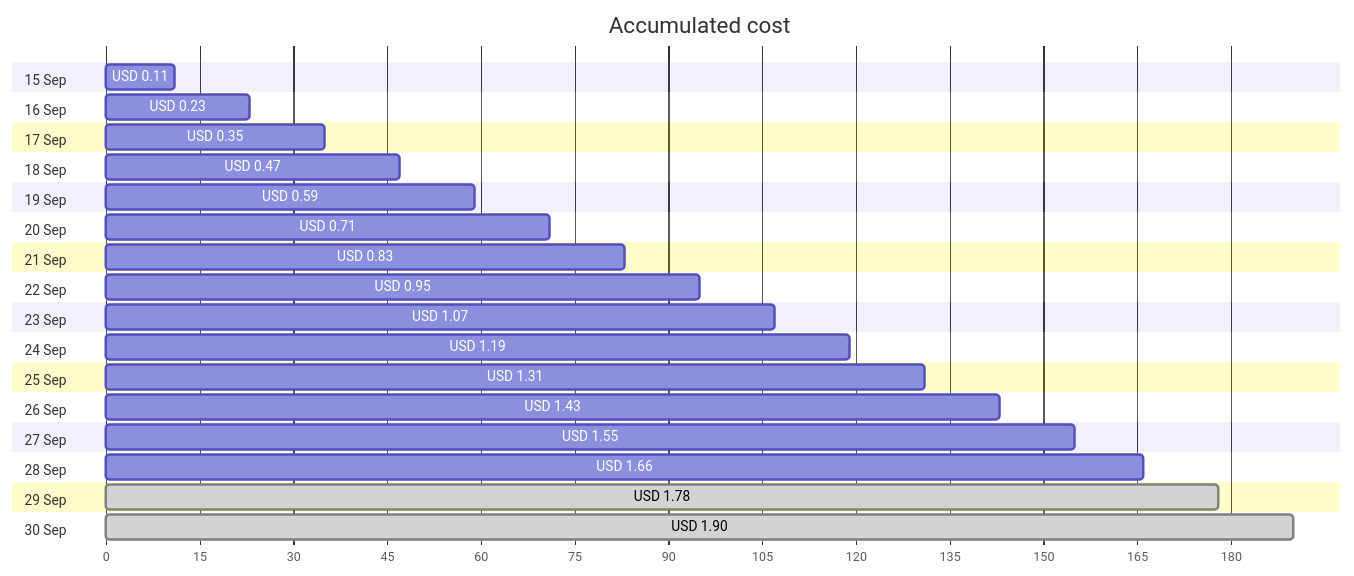
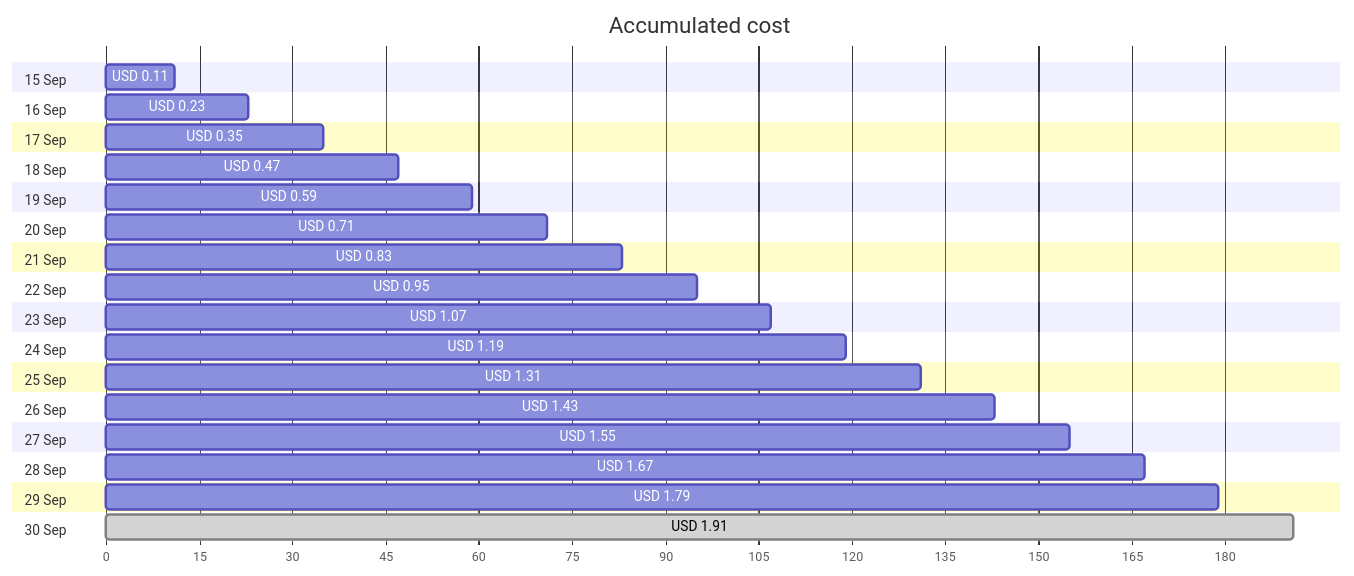
One commit to jpfulton/azure-personal-reports changed the first of 4 diagrams in cost-reports/personal-network/vpn-server-public-ip.md. Above: the diagram before and after it, drawn with Mermaid. The commit also changed other lines of this file and 9 other files, not shown here.

````diff
--- a/cost-reports/personal-network/vpn-server-public-ip.md
+++ b/cost-reports/personal-network/vpn-server-public-ip.md
@@ -20,38 +20,38 @@
 ```mermaid
 gantt
    title Accumulated cost
    dateFormat  X
    axisFormat %s
    section 15 Sep
    USD 0.11 :0, 11
    section 16 Sep
    USD 0.23 :0, 23
    section 17 Sep
    USD 0.35 :0, 35
    section 18 Sep
    USD 0.47 :0, 47
    section 19 Sep
    USD 0.59 :0, 59
    section 20 Sep
    USD 0.71 :0, 71
    section 21 Sep
    USD 0.83 :0, 83
    section 22 Sep
    USD 0.95 :0, 95
    section 23 Sep
    USD 1.07 :0, 107
    section 24 Sep
    USD 1.19 :0, 119
    section 25 Sep
    USD 1.31 :0, 131
    section 26 Sep
    USD 1.43 :0, 143
    section 27 Sep
    USD 1.55 :0, 155
    section 28 Sep
-   USD 1.66 :0, 166
+   USD 1.67 :0, 167
    section 29 Sep
-   USD 1.78 : done, 0, 178
+   USD 1.79 :0, 179
    section 30 Sep
-   USD 1.90 : done, 0, 190
+   USD 1.91 : done, 0, 191
 ```
````
